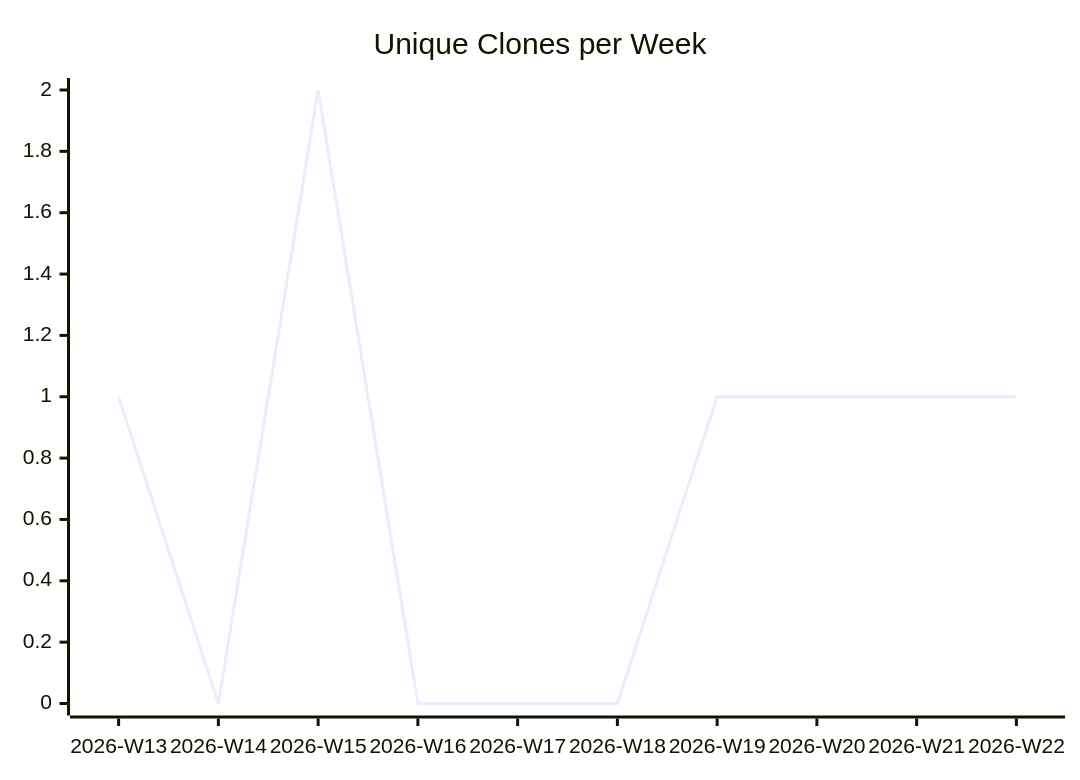
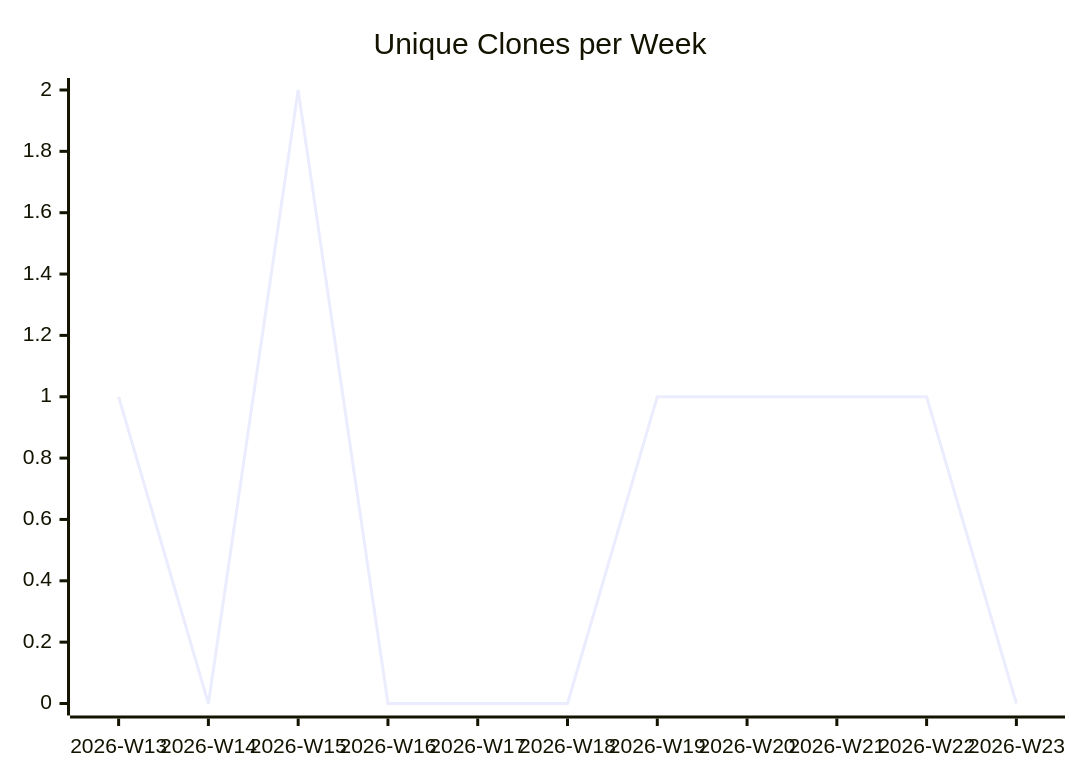
The third of 3 diagrams in karlmdavis/puppet-archive/README.md (justdavis-family/github-analytics-data), drawn with Mermaid before and after one commit. The commit also changed other lines of this file and 186 other files, not shown here.

````diff
--- a/karlmdavis/puppet-archive/README.md
+++ b/karlmdavis/puppet-archive/README.md
@@ -19,6 +19,6 @@
 ```mermaid
 xychart-beta
   title "Unique Clones per Week"
-  x-axis ["2026-W13", "2026-W14", "2026-W15", "2026-W16", "2026-W17", "2026-W18", "2026-W19", "2026-W20", "2026-W21", "2026-W22"]
-  line [1, 0, 2, 0, 0, 0, 1, 1, 1, 1]
+  x-axis ["2026-W13", "2026-W14", "2026-W15", "2026-W16", "2026-W17", "2026-W18", "2026-W19", "2026-W20", "2026-W21", "2026-W22", "2026-W23"]
+  line [1, 0, 2, 0, 0, 0, 1, 1, 1, 1, 0]
 ```
````
